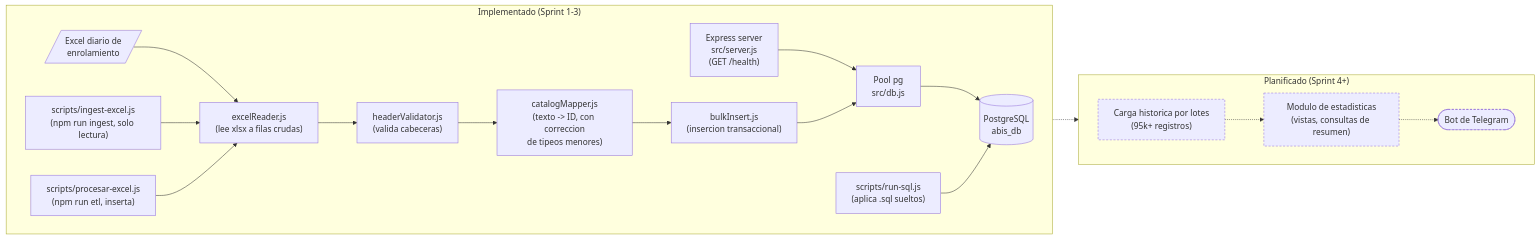
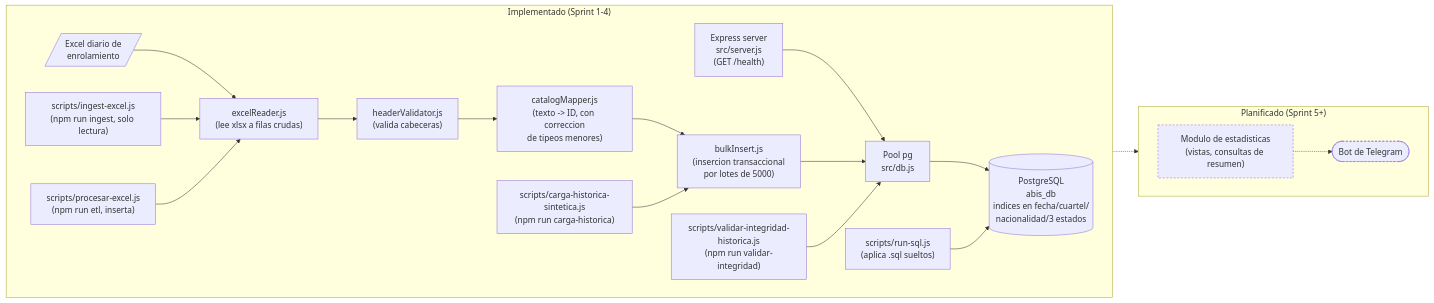
Before and after one commit to NicolasPonceH/Abis-Analisis: the diagram in docs/diagramas/arquitectura.md, drawn with Mermaid. The commit also changed other lines of this file and 11 other files, not shown here.

Commit message:
Sprint 4: carga historica por lotes, indices de estado y validacion de integridad

````diff
--- a/docs/diagramas/arquitectura.md
+++ b/docs/diagramas/arquitectura.md
@@ -6,36 +6,39 @@
 ```mermaid
 flowchart LR
-    subgraph impl["Implementado (Sprint 1-3)"]
+    subgraph impl["Implementado (Sprint 1-4)"]
         direction LR
         API["Express server<br/>src/server.js<br/>(GET /health)"]
         POOL["Pool pg<br/>src/db.js"]
-        DB[("PostgreSQL<br/>abis_db")]
+        DB[("PostgreSQL<br/>abis_db<br/>indices en fecha/cuartel/<br/>nacionalidad/3 estados")]
         RUNSQL["scripts/run-sql.js<br/>(aplica .sql sueltos)"]
         EXCEL[/"Excel diario de<br/>enrolamiento"/]
         READER["excelReader.js<br/>(lee xlsx a filas crudas)"]
         VALID["headerValidator.js<br/>(valida cabeceras)"]
         MAP["catalogMapper.js<br/>(texto -> ID, con correccion<br/>de tipeos menores)"]
-        BULKINSERT["bulkInsert.js<br/>(insercion transaccional)"]
+        BULKINSERT["bulkInsert.js<br/>(insercion transaccional<br/>por lotes de 5000)"]
         CLI["scripts/ingest-excel.js<br/>(npm run ingest, solo lectura)"]
         CLIETL["scripts/procesar-excel.js<br/>(npm run etl, inserta)"]
+        SINTETICO["scripts/carga-historica-sintetica.js<br/>(npm run carga-historica)"]
+        INTEGRIDAD["scripts/validar-integridad-historica.js<br/>(npm run validar-integridad)"]
 
         API --> POOL --> DB
         RUNSQL --> DB
         EXCEL --> READER --> VALID --> MAP
         MAP --> BULKINSERT --> POOL
         CLI --> READER
         CLIETL --> READER
+        SINTETICO --> BULKINSERT
+        INTEGRIDAD --> POOL
     end
 
-    subgraph plan["Planificado (Sprint 4+)"]
+    subgraph plan["Planificado (Sprint 5+)"]
         direction LR
-        HIST["Carga historica por lotes<br/>(95k+ registros)"]
         STATS["Modulo de estadisticas<br/>(vistas, consultas de resumen)"]
         TG(["Bot de Telegram"])
     end
 
-    BULKINSERT -.-> HIST -.-> STATS -.-> TG
+    DB -.-> STATS -.-> TG
 
     classDef planned stroke-dasharray: 4 3
-    class HIST,STATS,TG planned
+    class STATS,TG planned
 ```
````
